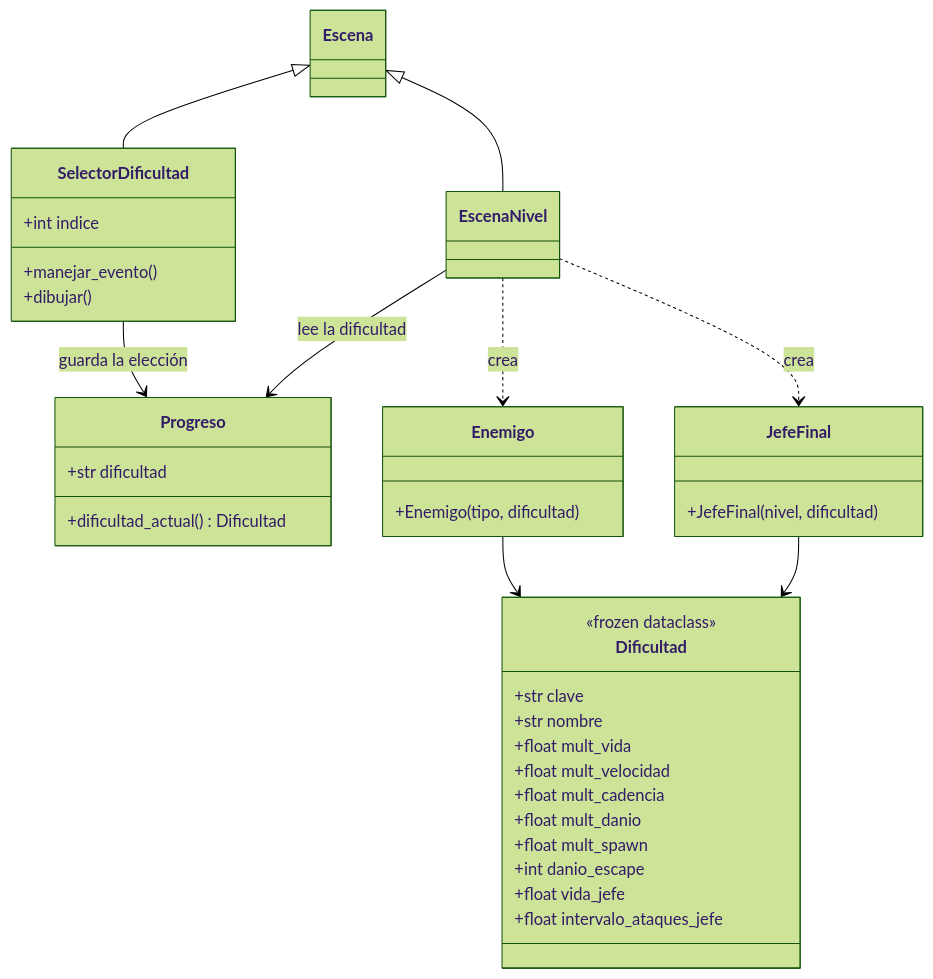
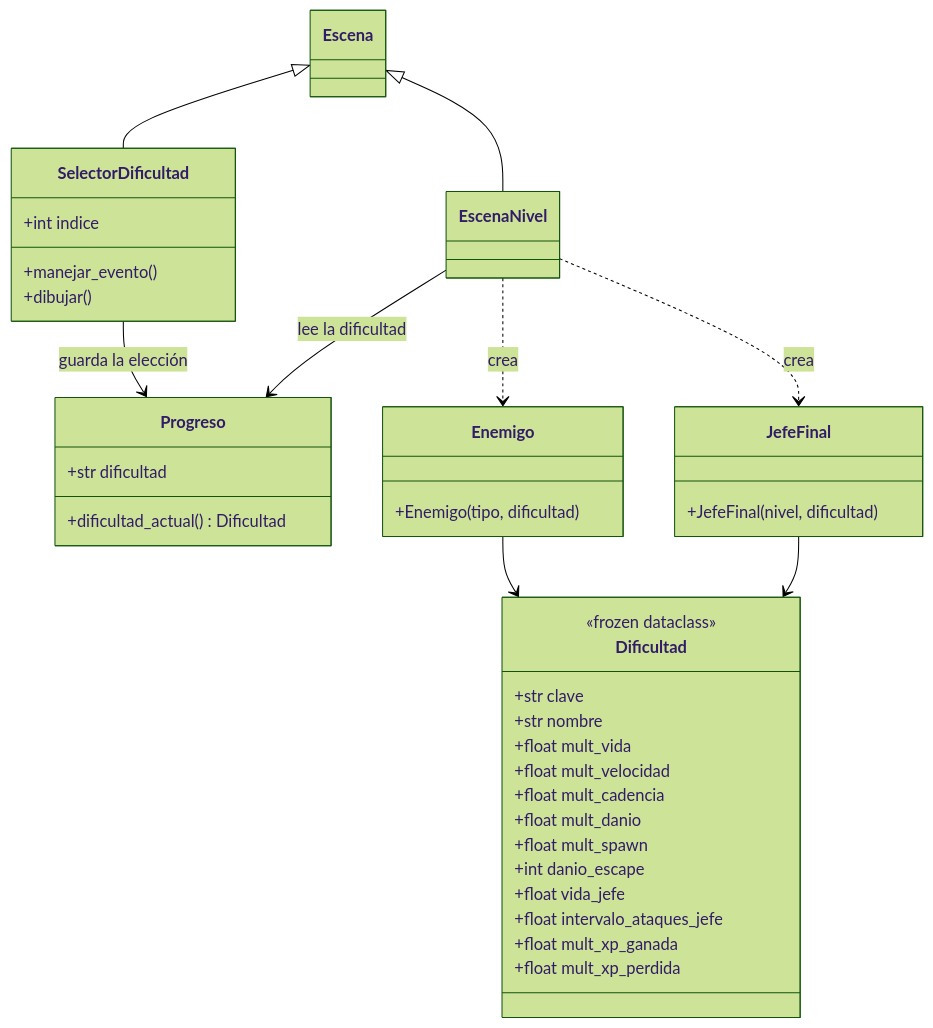
One commit to elizape/PixelStrike---port-con-pygame changed the second of 3 diagrams in docs/DISENO_DIFICULTAD.md. Above: the diagram before and after it, drawn with Mermaid (forest theme). The commit also changed other lines of this file and 7 other files, not shown here.

````diff
--- a/docs/DISENO_DIFICULTAD.md
+++ b/docs/DISENO_DIFICULTAD.md
@@ -59,40 +59,42 @@
 ```mermaid
 classDiagram
     class Dificultad {
         <<frozen dataclass>>
         +str clave
         +str nombre
         +float mult_vida
         +float mult_velocidad
         +float mult_cadencia
         +float mult_danio
         +float mult_spawn
         +int danio_escape
         +float vida_jefe
         +float intervalo_ataques_jefe
+        +float mult_xp_ganada
+        +float mult_xp_perdida
     }
     class Progreso {
         +str dificultad
         +dificultad_actual() Dificultad
     }
     class SelectorDificultad {
         +int indice
         +manejar_evento()
         +dibujar()
     }
     class EscenaNivel
     class Enemigo {
         +Enemigo(tipo, dificultad)
     }
     class JefeFinal {
         +JefeFinal(nivel, dificultad)
     }
     Escena <|-- SelectorDificultad
     Escena <|-- EscenaNivel
     SelectorDificultad --> Progreso : guarda la elección
     EscenaNivel --> Progreso : lee la dificultad
     EscenaNivel ..> Enemigo : crea
     EscenaNivel ..> JefeFinal : crea
     Enemigo --> Dificultad
     JefeFinal --> Dificultad
 ```
````
